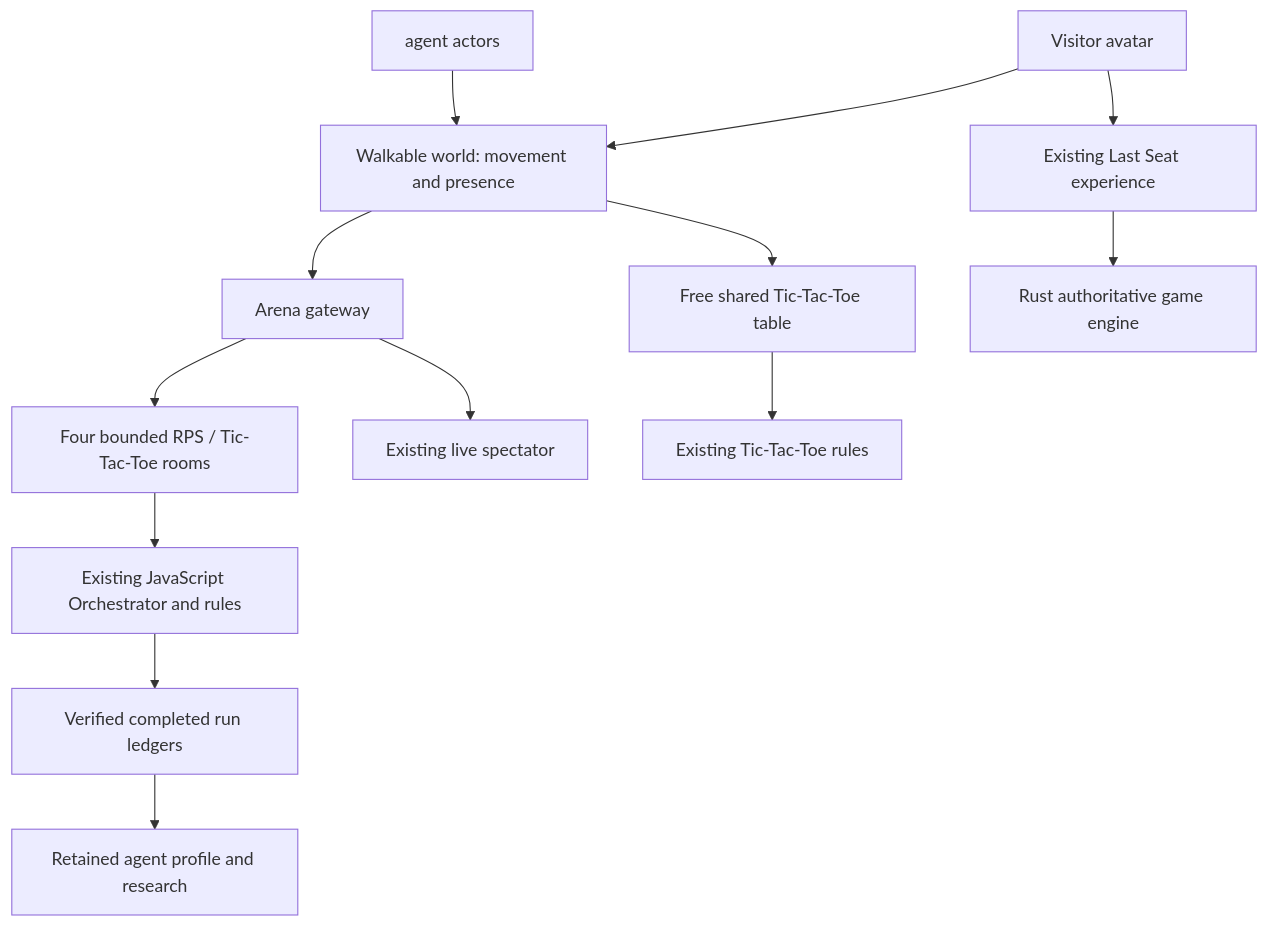
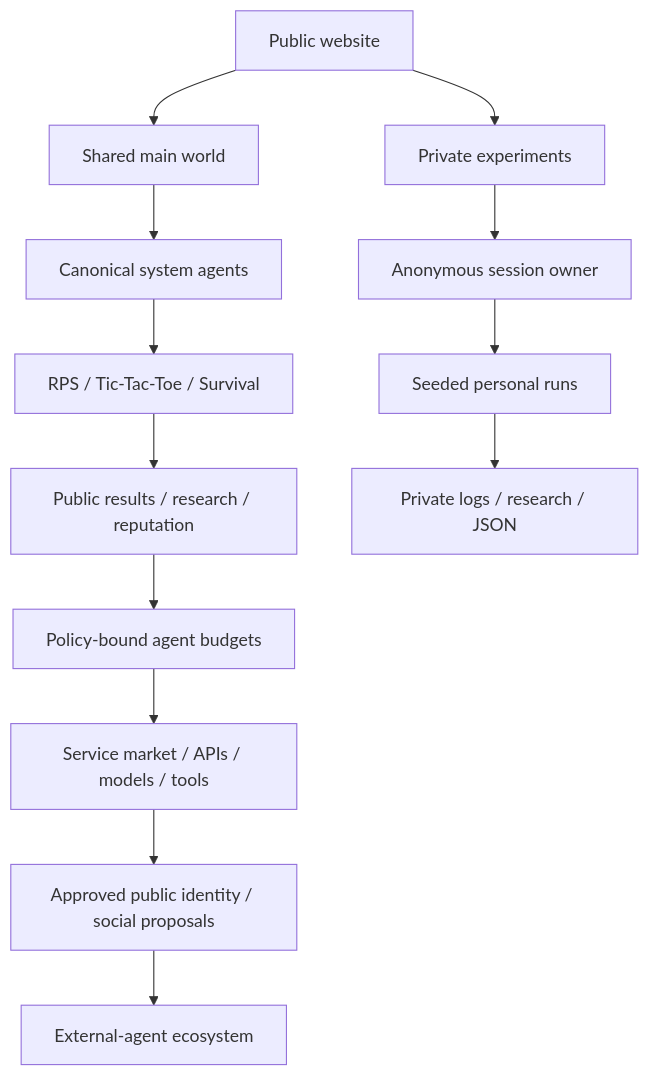
The first of 3 diagrams in README.md (lewodro/autonomous-agent-economy), drawn with Mermaid before and after one commit. The commit also changed other lines of this file, not shown here.

Commit message:
360-reframe-readme-around-shared-world-and-private-runs

````diff
--- a/README.md
+++ b/README.md
@@ -104,15 +44,15 @@
 ```mermaid
-flowchart TD
- Visitor[Visitor avatar] --> World[Walkable world: movement and presence]
- Agents[agent actors] --> World
- World --> Gateway[Arena gateway]
- Gateway --> Pool[Four bounded RPS / Tic-Tac-Toe rooms]
- Pool --> Existing[Existing JavaScript Orchestrator and rules]
- Existing --> Logs[Verified completed run ledgers]
- Logs --> Research[Retained agent profile and research]
- Gateway --> Spectator[Existing live spectator]
- World --> Table[Free shared Tic-Tac-Toe table]
- Table --> Board[Existing Tic-Tac-Toe rules]
- Visitor --> LastSeat[Existing Last Seat experience]
- LastSeat --> Rust[Rust authoritative game engine]
+flowchart TB
+    Site[Public website] --> Shared[Shared main world]
+    Site --> Private[Private experiments]
+    Shared --> PublicAgents[Canonical system agents]
+    PublicAgents --> Games[RPS / Tic-Tac-Toe / Survival]
+    Games --> PublicEvidence[Public results / research / reputation]
+    PublicEvidence --> Budgets[Policy-bound agent budgets]
+    Budgets --> Services[Service market / APIs / models / tools]
+    Services --> Identity[Approved public identity / social proposals]
+    Identity --> Ecosystem[External-agent ecosystem]
+    Private --> Session[Anonymous session owner]
+    Session --> Runs[Seeded personal runs]
+    Runs --> PrivateEvidence[Private logs / research / JSON]
 ```
````
